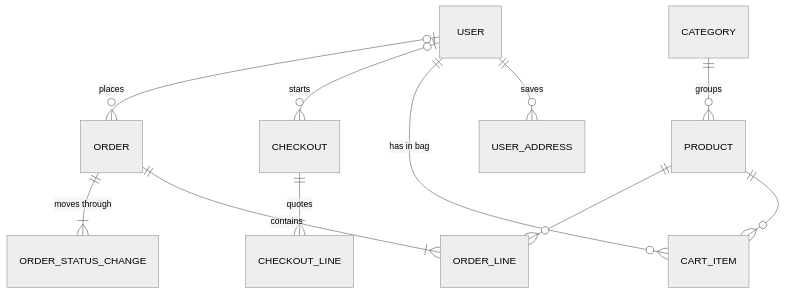
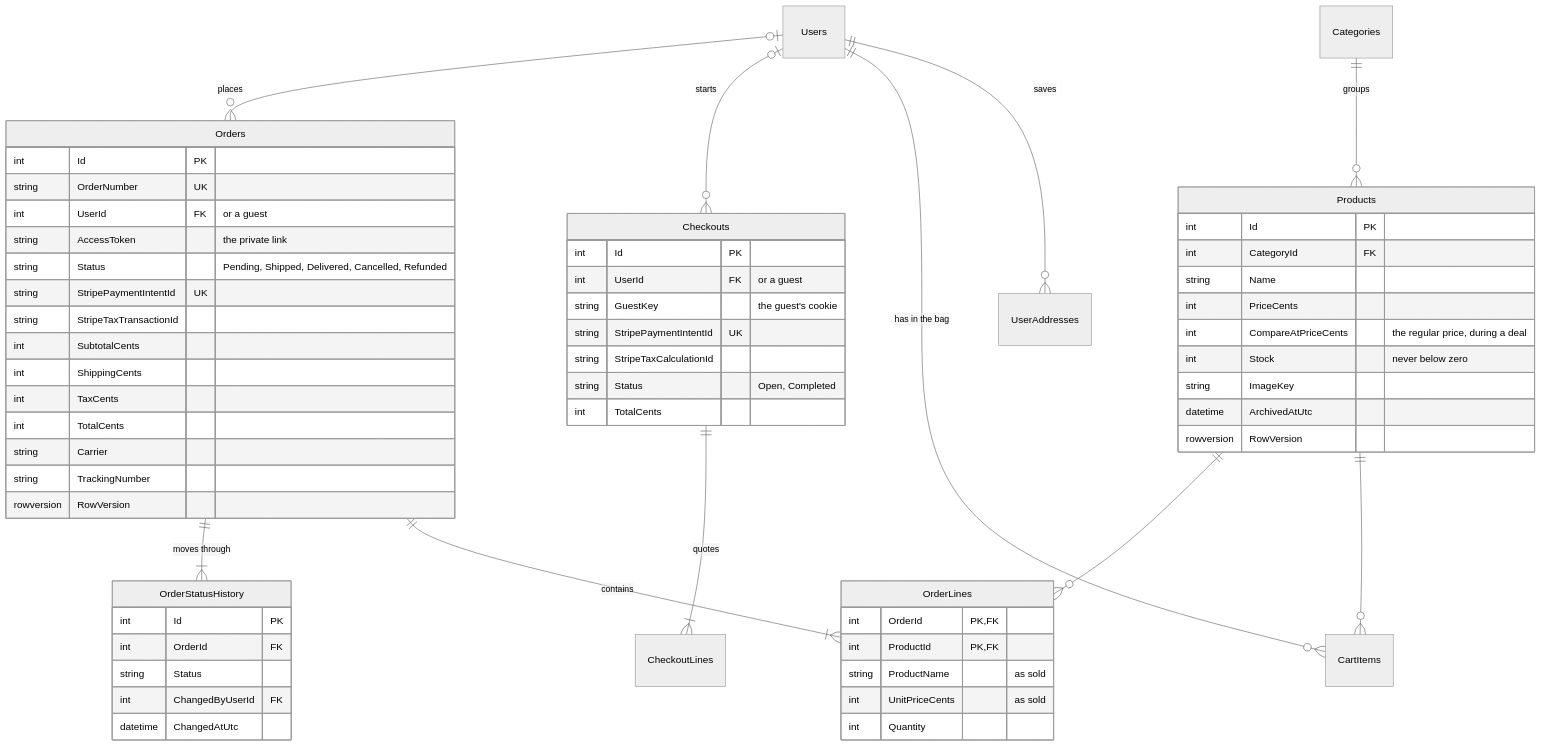
Before and after one commit to tomyRomero/StoreOperations: the third of 3 diagrams in README.md, drawn with Mermaid (neutral theme). The commit also changed other lines of this file and 20 other files, not shown here.

````diff
--- a/README.md
+++ b/README.md
@@ -116,13 +289,64 @@
 ```mermaid
 erDiagram
-    USER ||--o{ USER_ADDRESS : saves
-    USER ||--o{ CART_ITEM : "has in bag"
-    USER |o--o{ CHECKOUT : starts
-    USER |o--o{ ORDER : places
-    CATEGORY ||--o{ PRODUCT : groups
-    PRODUCT ||--o{ CART_ITEM : ""
-    CHECKOUT ||--|{ CHECKOUT_LINE : quotes
-    ORDER ||--|{ ORDER_LINE : contains
-    ORDER ||--|{ ORDER_STATUS_CHANGE : "moves through"
-    PRODUCT ||--o{ ORDER_LINE : ""
+    Users ||--o{ UserAddresses : saves
+    Users ||--o{ CartItems : "has in the bag"
+    Users |o--o{ Checkouts : starts
+    Users |o--o{ Orders : places
+    Categories ||--o{ Products : groups
+    Products ||--o{ CartItems : ""
+    Checkouts ||--|{ CheckoutLines : quotes
+    Orders ||--|{ OrderLines : contains
+    Orders ||--|{ OrderStatusHistory : "moves through"
+    Products ||--o{ OrderLines : ""
+
+    Products {
+        int Id PK
+        int CategoryId FK
+        string Name
+        int PriceCents
+        int CompareAtPriceCents "the regular price, during a deal"
+        int Stock "never below zero"
+        string ImageKey
+        datetime ArchivedAtUtc
+        rowversion RowVersion
+    }
+    Checkouts {
+        int Id PK
+        int UserId FK "or a guest"
+        string GuestKey "the guest's cookie"
+        string StripePaymentIntentId UK
+        string StripeTaxCalculationId
+        string Status "Open, Completed"
+        int TotalCents
+    }
+    Orders {
+        int Id PK
+        string OrderNumber UK
+        int UserId FK "or a guest"
+        string AccessToken "the private link"
+        string Status "Pending, Shipped, Delivered, Cancelled, Refunded"
+        string StripePaymentIntentId UK
+        string StripeTaxTransactionId
+        int SubtotalCents
+        int ShippingCents
+        int TaxCents
+        int TotalCents
+        string Carrier
+        string TrackingNumber
+        rowversion RowVersion
+    }
+    OrderLines {
+        int OrderId PK, FK
+        int ProductId PK, FK
+        string ProductName "as sold"
+        int UnitPriceCents "as sold"
+        int Quantity
+    }
+    OrderStatusHistory {
+        int Id PK
+        int OrderId FK
+        string Status
+        int ChangedByUserId FK
+        datetime ChangedAtUtc
+    }
 ```
````
